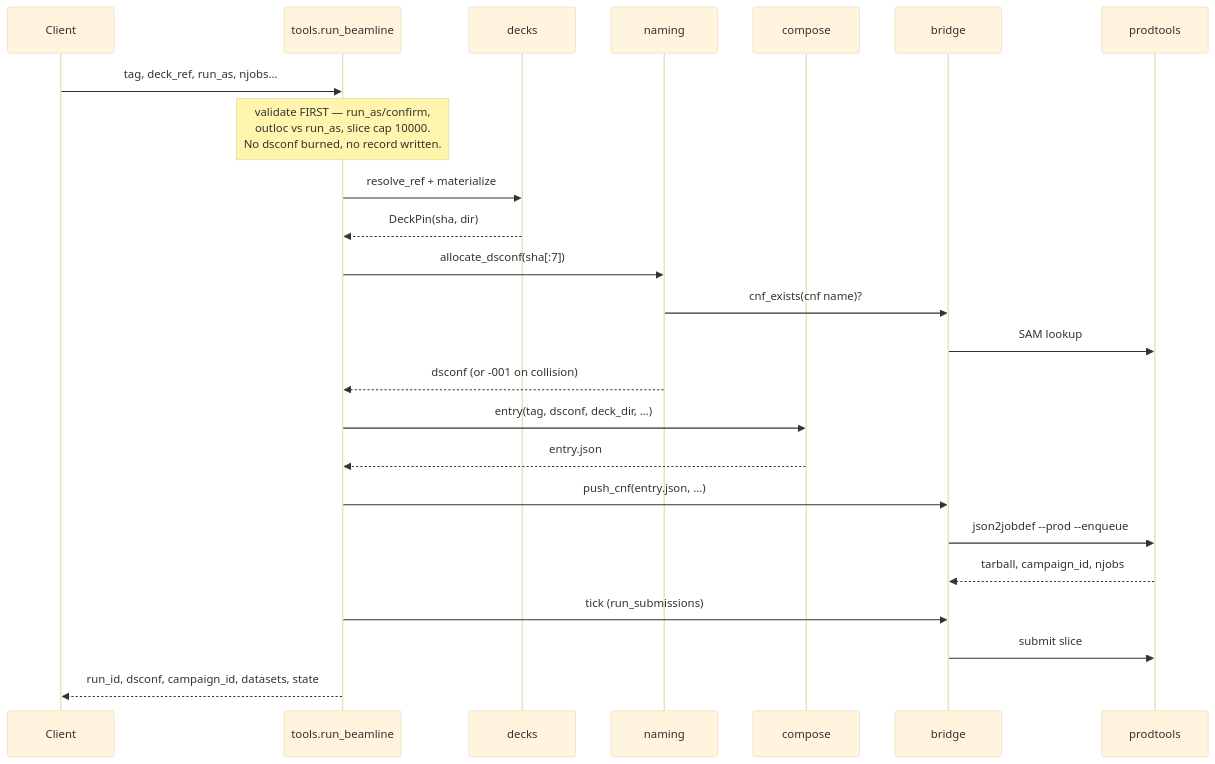
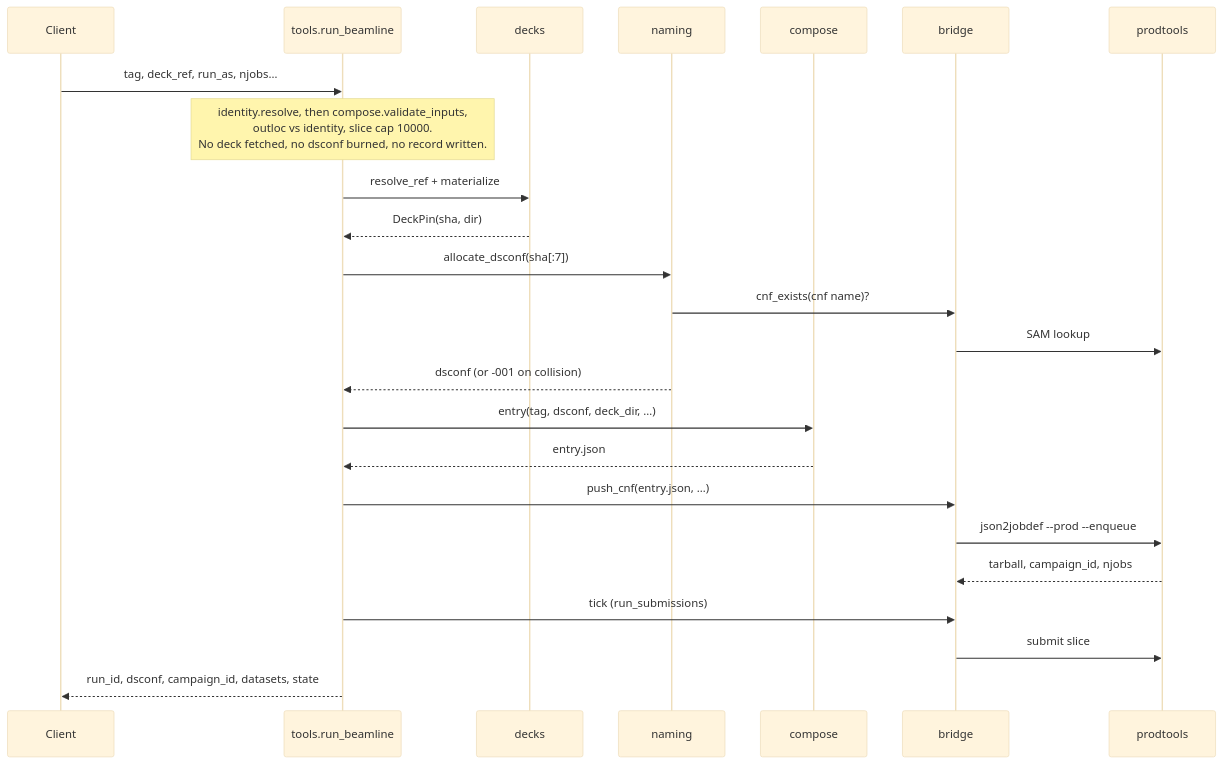
The second of 3 diagrams in docs/architecture.md (oksuzian/beamkit), drawn with Mermaid (base theme) before and after one commit. The commit also changed other lines of this file and 2 other files, not shown here.

First line of the commit message:
docs: identity and publishing modules, run states, label, CONTEXT.md

````diff
--- a/docs/architecture.md
+++ b/docs/architecture.md
@@ -90,27 +100,27 @@
 ```mermaid
 sequenceDiagram
     participant U as Client
     participant T as tools.run_beamline
     participant D as decks
     participant N as naming
     participant C as compose
     participant B as bridge
     participant P as prodtools
 
     U->>T: tag, deck_ref, run_as, njobs…
-    Note over T: validate FIRST — run_as/confirm,<br/>outloc vs run_as, slice cap 10000.<br/>No dsconf burned, no record written.
+    Note over T: identity.resolve, then compose.validate_inputs,<br/>outloc vs identity, slice cap 10000.<br/>No deck fetched, no dsconf burned, no record written.
     T->>D: resolve_ref + materialize
     D-->>T: DeckPin(sha, dir)
     T->>N: allocate_dsconf(sha[:7])
     N->>B: cnf_exists(cnf name)?
     B->>P: SAM lookup
     N-->>T: dsconf (or -001 on collision)
     T->>C: entry(tag, dsconf, deck_dir, …)
     C-->>T: entry.json
     T->>B: push_cnf(entry.json, …)
     B->>P: json2jobdef --prod --enqueue
     P-->>B: tarball, campaign_id, njobs
     T->>B: tick (run_submissions)
     B->>P: submit slice
     T-->>U: run_id, dsconf, campaign_id, datasets, state
 ```
````
